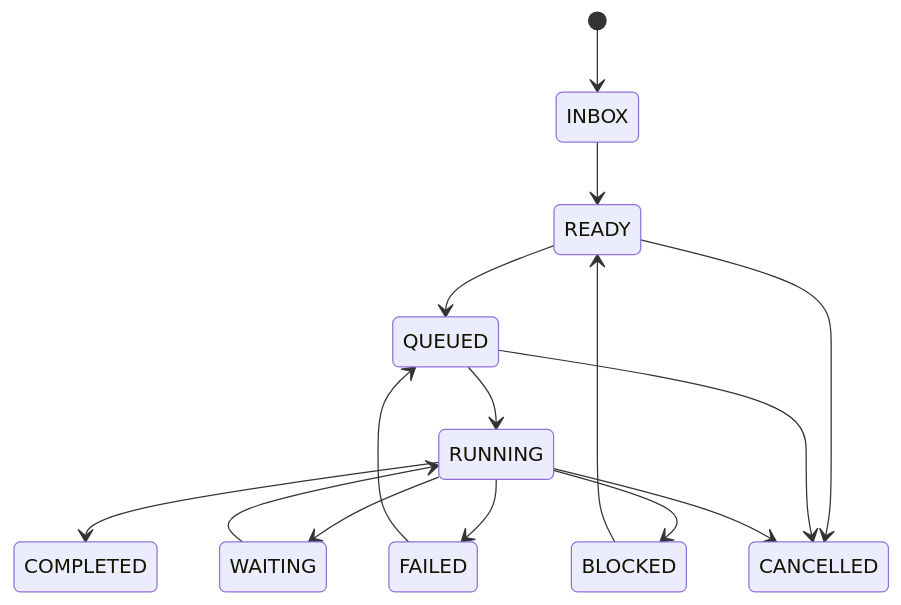
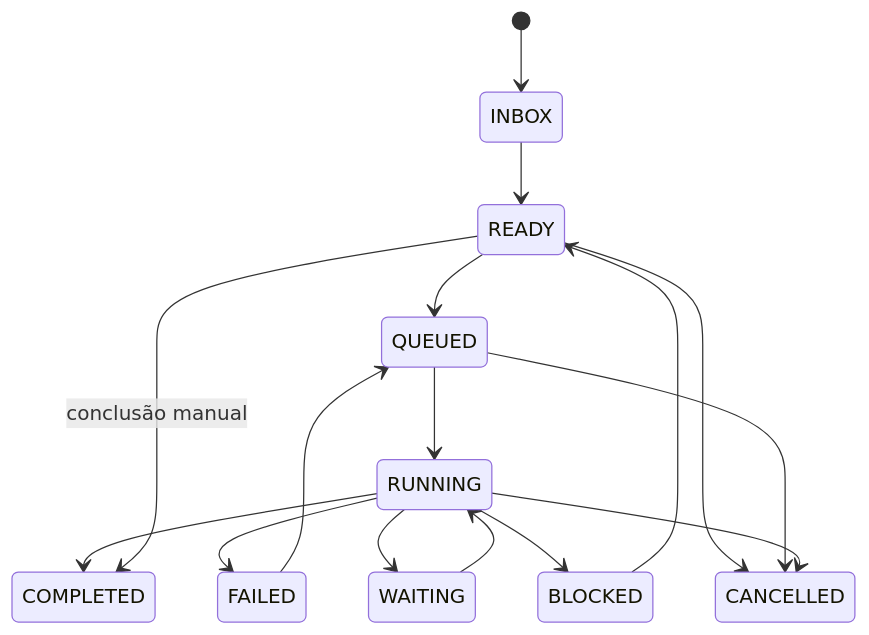
The first of 3 diagrams in docs/documentacao_ideia_e_fundamentos_tecnicos.md (daniel--santos/dungeon-master), drawn with Mermaid before and after one commit. The commit also changed other lines of this file and 4 other files, not shown here.

First line of the commit message:
feat(domain): conclusão manual READY → COMPLETED

````diff
--- a/docs/documentacao_ideia_e_fundamentos_tecnicos.md
+++ b/docs/documentacao_ideia_e_fundamentos_tecnicos.md
@@ -1396,17 +1396,18 @@
 ```mermaid
 stateDiagram-v2
     [*] --> INBOX
     INBOX --> READY
     READY --> QUEUED
     QUEUED --> RUNNING
     RUNNING --> COMPLETED
     RUNNING --> FAILED
     RUNNING --> WAITING
     RUNNING --> BLOCKED
     WAITING --> RUNNING
     BLOCKED --> READY
     FAILED --> QUEUED
     READY --> CANCELLED
     QUEUED --> CANCELLED
     RUNNING --> CANCELLED
+    READY --> COMPLETED: conclusão manual
 ```
````
